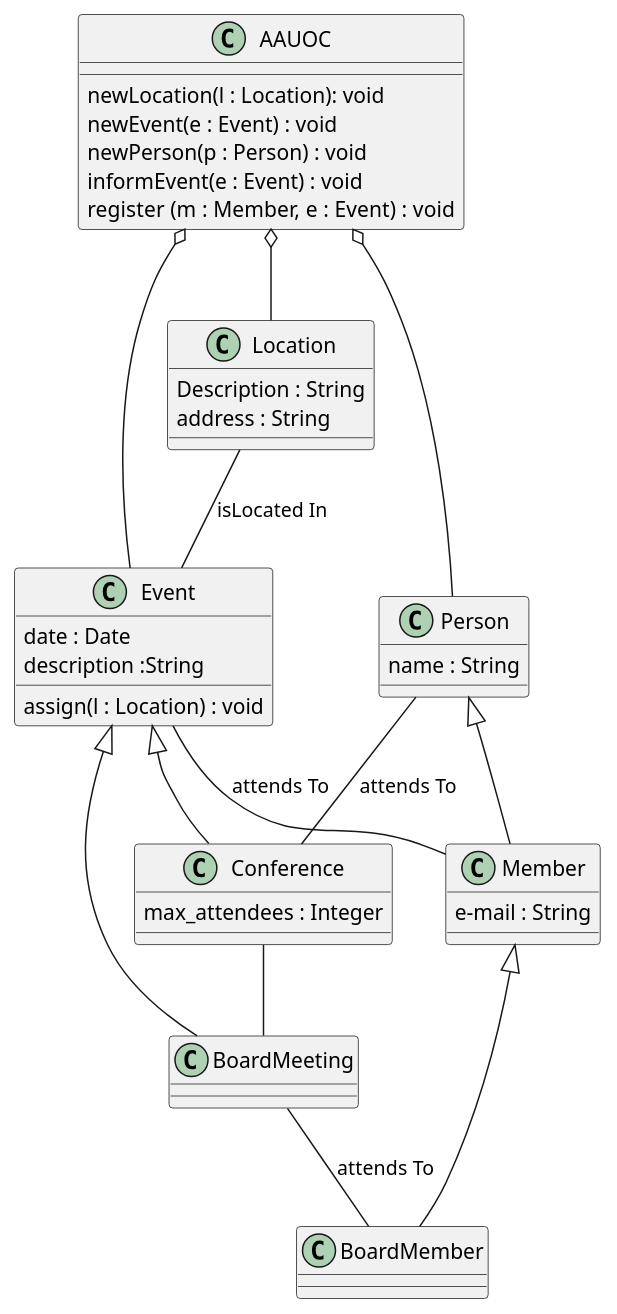
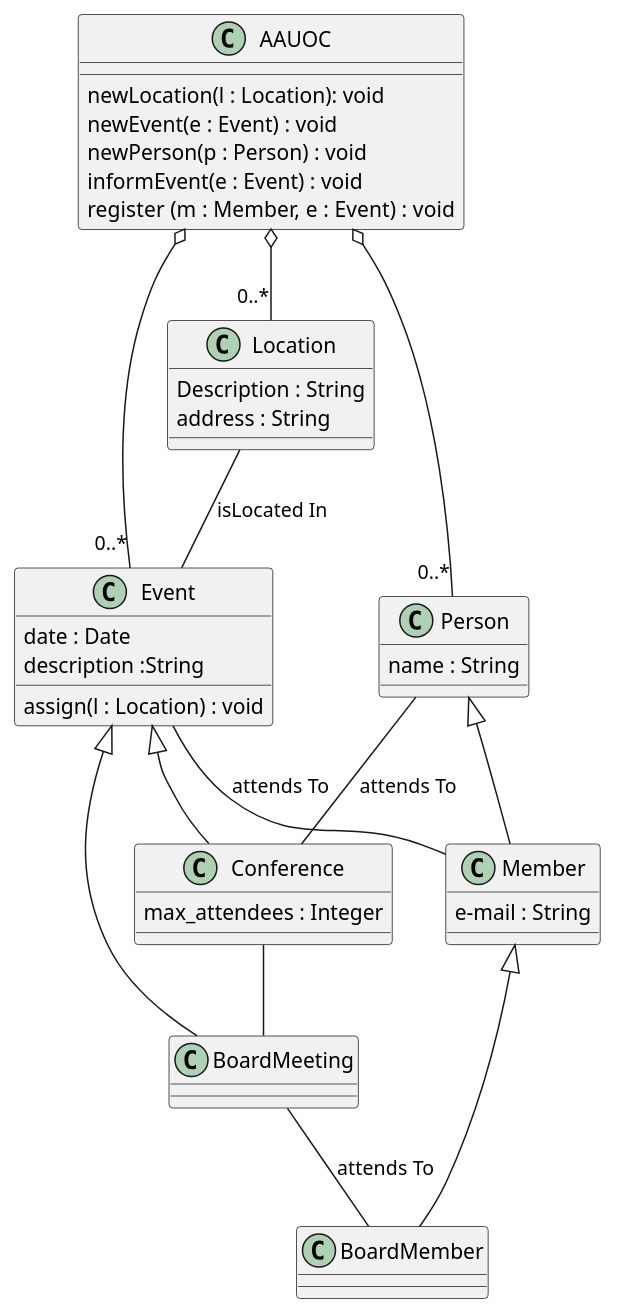
The diagram in src/UOC.puml (DaniJorCa/UMLDanielJordanCarre-o), drawn with PlantUML before and after one commit.

Commit message:
cardinalidades con AAUOC

```diff
--- a/src/UOC.puml
+++ b/src/UOC.puml
@@ -1,53 +1,53 @@
 @startuml
 
 
 Conference -- BoardMeeting
 Event <|-- Conference
 Event <|-- BoardMeeting
 
 Person <|-- Member
 Member <|-- BoardMember
 
 Person -- Conference : attends To
 BoardMeeting -- BoardMember : attends To
 Event -- Member : attends To
 Location -- Event : isLocated In
 
-AAUOC o-- Person
-AAUOC o-- Event
-AAUOC o-- Location
+AAUOC o-- "0..*" Person
+AAUOC o-- "0..*" Event
+AAUOC o-- "0..*" Location
 
 class AAUOC{
 newLocation(l : Location): void
 newEvent(e : Event) : void
 newPerson(p : Person) : void
 informEvent(e : Event) : void
 register (m : Member, e : Event) : void
 }
 
 class Location{
 Description : String
 address : String
 }
 
 class Event{
 date : Date
 description :String
 assign(l : Location) : void
 }
 
 class Person{
 name : String
 }
 
 class Member{
 e-mail : String
 }
 
 class Conference{
 max_attendees : Integer
 }
 
 
 
 @enduml
```
